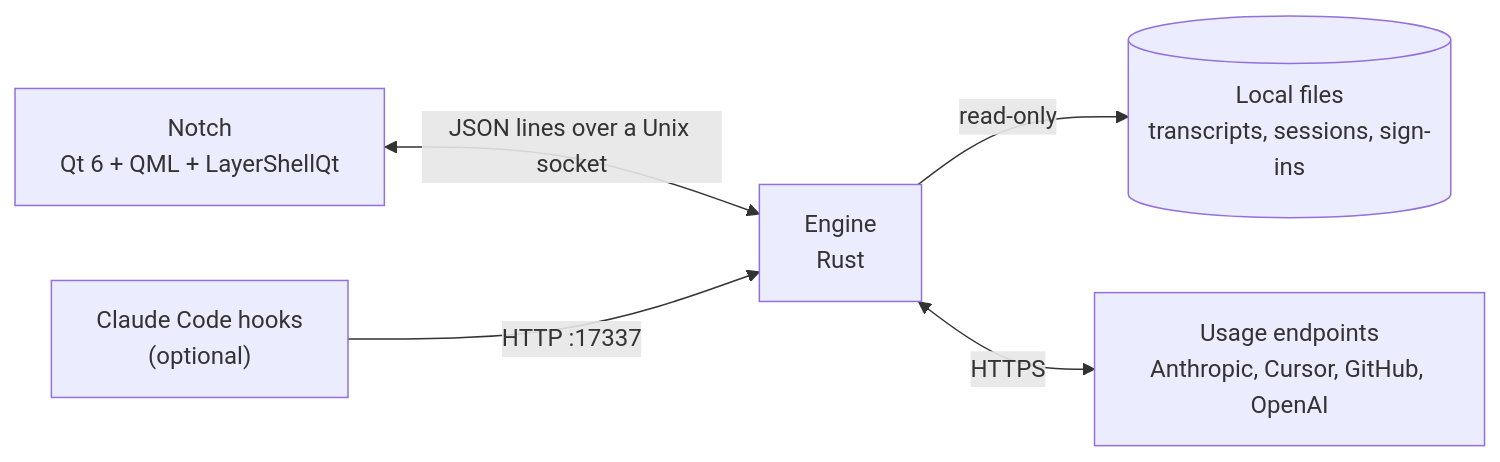
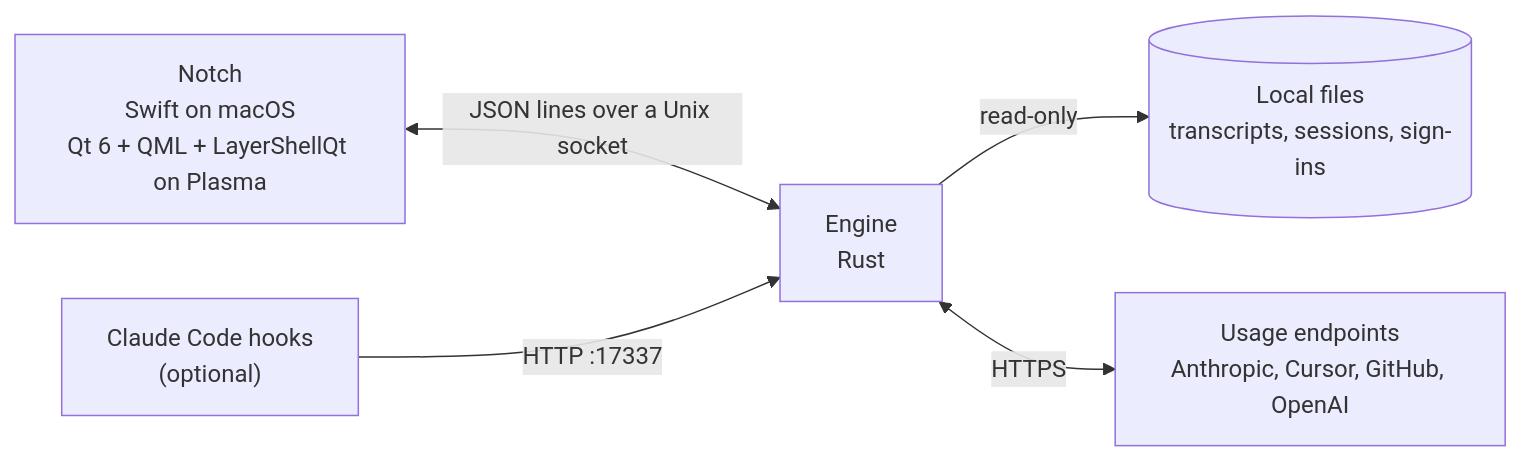
Before and after one commit to joaomdsferro/omega-notch: the diagram in README.md, drawn with Mermaid. The commit also changed other lines of this file, not shown here.

Commit message:
docs: say Omega Notch runs on macOS too, and how to install it

````diff
--- a/README.md
+++ b/README.md
@@ -107,7 +129,7 @@
 ```mermaid
 flowchart LR
-  UI["Notch<br/>Qt 6 + QML + LayerShellQt"] <-->|JSON lines over a Unix socket| Engine["Engine<br/>Rust"]
+  UI["Notch<br/>Swift on macOS<br/>Qt 6 + QML + LayerShellQt on Plasma"] <-->|JSON lines over a Unix socket| Engine["Engine<br/>Rust"]
   Engine -->|read-only| Files[("Local files<br/>transcripts, sessions, sign-ins")]
   Engine <-->|HTTPS| APIs["Usage endpoints<br/>Anthropic, Cursor, GitHub, OpenAI"]
   Hooks["Claude Code hooks<br/>(optional)"] -->|HTTP :17337| Engine
 ```
````
